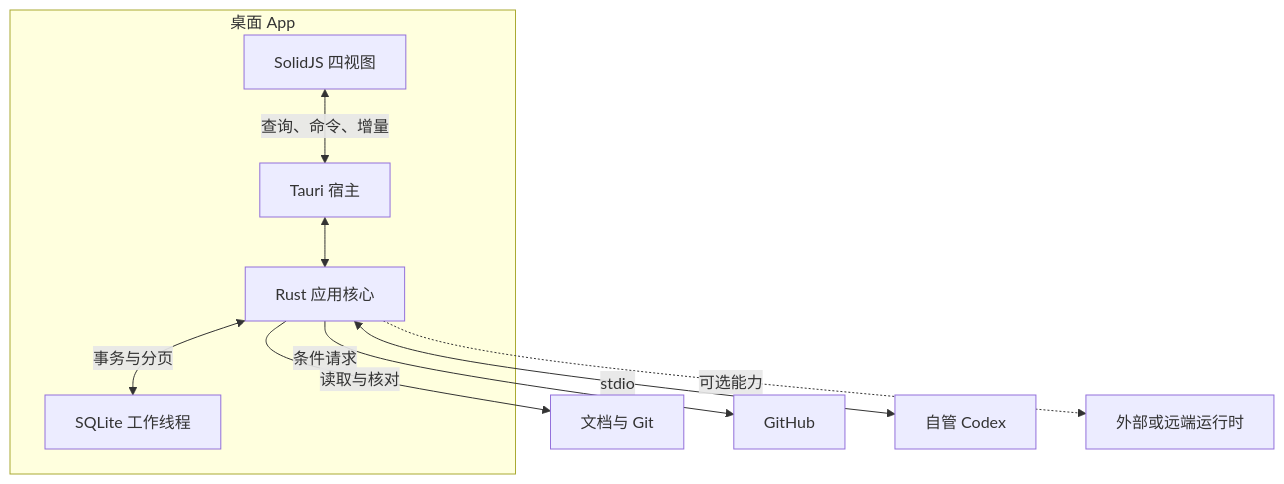
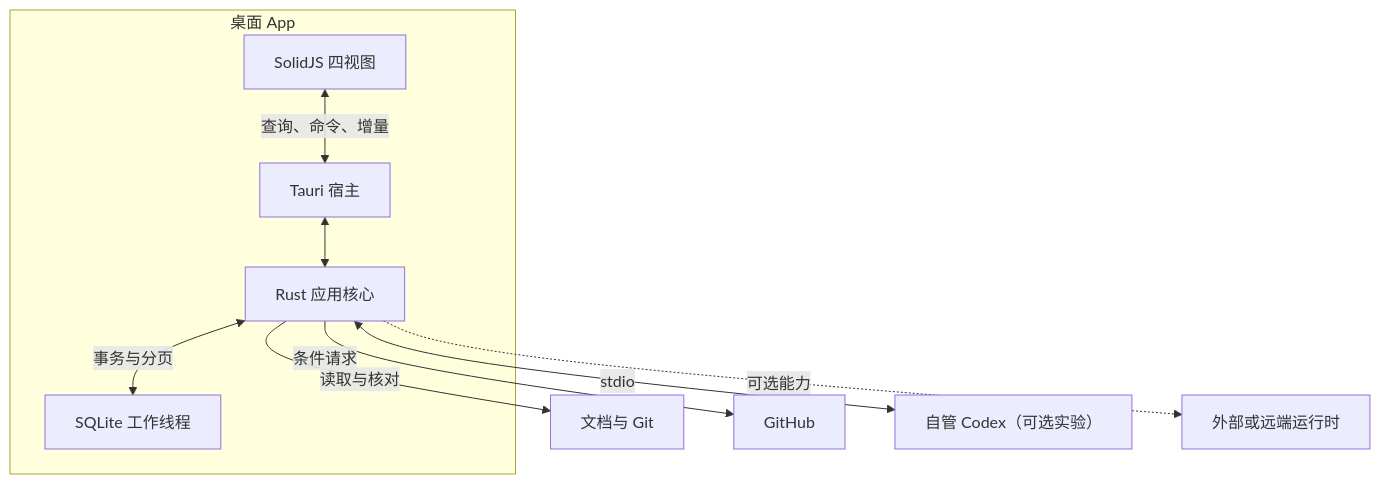
One commit to eng-cc/oasis7 changed the first of 2 diagrams in doc/engineering/command-center/command-center.design.md. Above: the diagram before and after it, drawn with Mermaid. The commit also changed other lines of this file and 4 other files, not shown here.

````diff
--- a/doc/engineering/command-center/command-center.design.md
+++ b/doc/engineering/command-center/command-center.design.md
@@ -63,20 +63,20 @@
 ```mermaid
 flowchart TB
   subgraph APP["桌面 App"]
     UI["SolidJS 四视图"]
     HOST["Tauri 宿主"]
     CORE["Rust 应用核心"]
     DB["SQLite 工作线程"]
     UI <-->|"查询、命令、增量"| HOST
     HOST <--> CORE
     CORE <-->|"事务与分页"| DB
   end
   REPO["文档与 Git"]
   GH["GitHub"]
-  OWNED["自管 Codex"]
+  OWNED["自管 Codex（可选实验）"]
   EXT["外部或远端运行时"]
   CORE -->|"读取与核对"| REPO
   CORE -->|"条件请求"| GH
   CORE <-->|"stdio"| OWNED
   CORE -.->|"可选能力"| EXT
 ```
````
